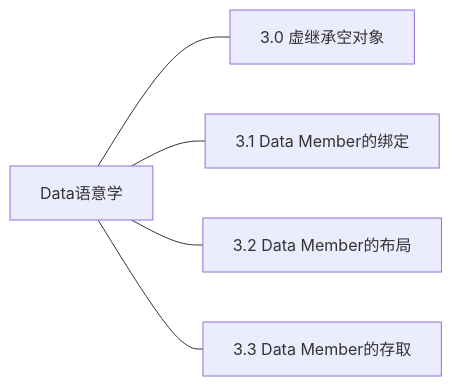
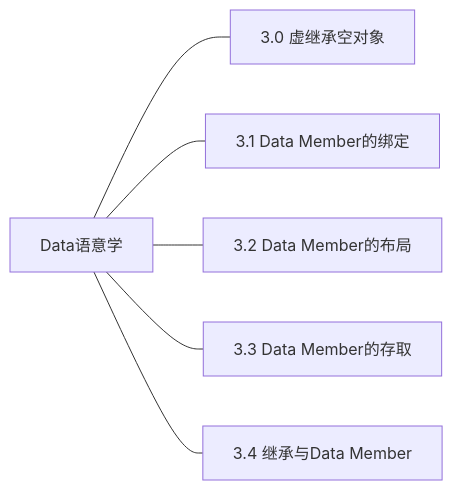
The diagram in 原理与实验/C++/深度探索C++对象模型.md (fineday4/readBooksNote), drawn with Mermaid before and after one commit. The commit also changed other lines of this file, not shown here.

````diff
--- a/原理与实验/C++/深度探索C++对象模型.md
+++ b/原理与实验/C++/深度探索C++对象模型.md
@@ -2,7 +2,8 @@
 ```mermaid
    graph LR
 Data语意学 --- A["3.0 虚继承空对象"]
 Data语意学 --- B["3.1 Data Member的绑定"]
 Data语意学 --- C["3.2 Data Member的布局"]
 Data语意学 --- D["3.3 Data Member的存取"]
+Data语意学 --- E["3.4 继承与Data Member"]
 ```
````
